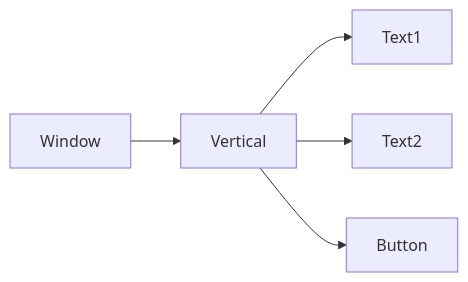
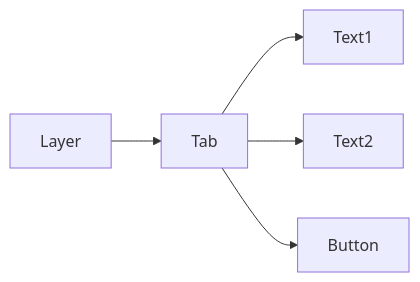
One commit to ykeyjp/ElinMod.Doc changed the diagram in content/docs/framework/element.md. Above: the diagram before and after it, drawn with Mermaid. The commit also changed other lines of this file and 24 other files, not shown here.

````diff
--- a/content/docs/framework/element.md
+++ b/content/docs/framework/element.md
@@ -23,7 +21,7 @@
 ```mermaid
 graph LR;
-    Window-->Vertical;
-    Vertical-->Text1;
-    Vertical-->Text2;
-    Vertical-->Button;
+    Layer-->Tab;
+    Tab-->Text1;
+    Tab-->Text2;
+    Tab-->Button;
 ```
````
